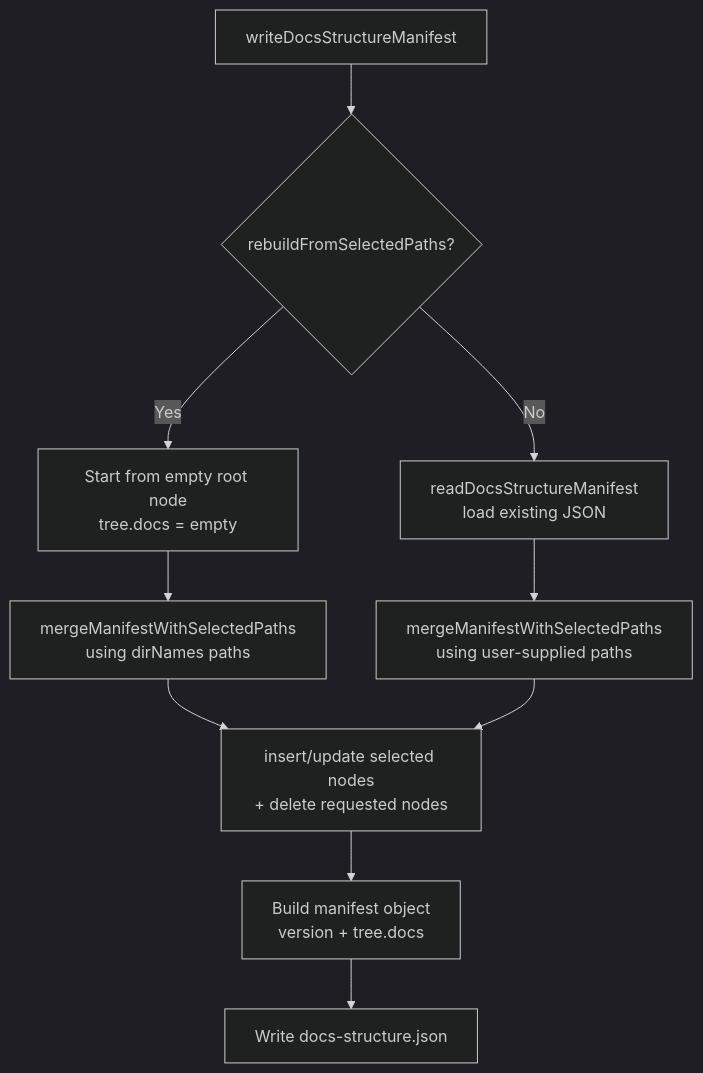
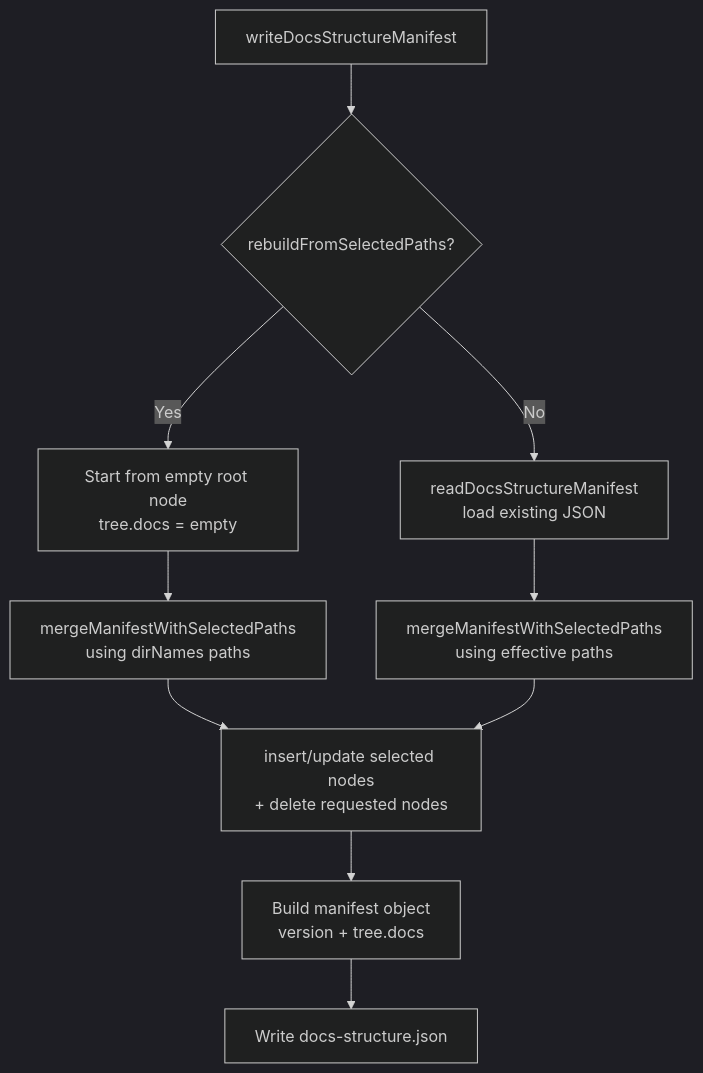
The fourth of 6 diagrams in upload_sources_to_crowdin_workflow.md (pagopa/devportal-docs), drawn with Mermaid (dark theme) before and after one commit. The commit also changed other lines of this file and 1 other file, not shown here.

````diff
--- a/upload_sources_to_crowdin_workflow.md
+++ b/upload_sources_to_crowdin_workflow.md
@@ -102,12 +206,12 @@
 ```mermaid
 flowchart TD
     A[writeDocsStructureManifest] --> B{rebuildFromSelectedPaths?}
     B -- Yes --> R[Start from empty root node<br/>tree.docs = empty]
     B -- No --> C[readDocsStructureManifest<br/>load existing JSON]
     R --> D[mergeManifestWithSelectedPaths<br/>using dirNames paths]
-    C --> D2[mergeManifestWithSelectedPaths<br/>using user-supplied paths]
+    C --> D2[mergeManifestWithSelectedPaths<br/>using effective paths]
     D --> E[insert/update selected nodes<br/>+ delete requested nodes]
     D2 --> E
     E --> G[Build manifest object<br/>version + tree.docs]
     G --> H[Write docs-structure.json]
 ```
````
